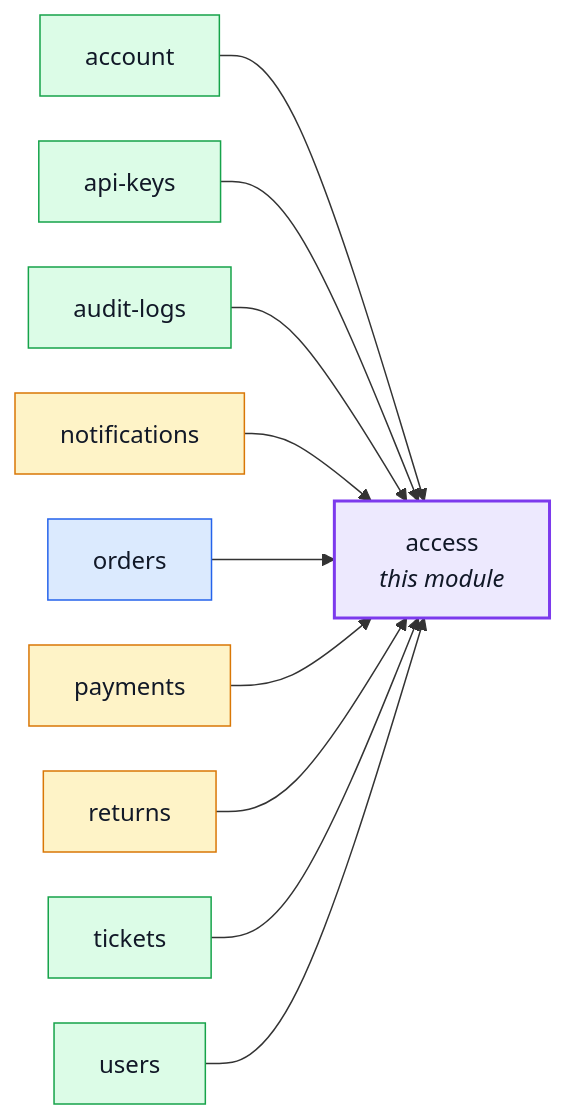
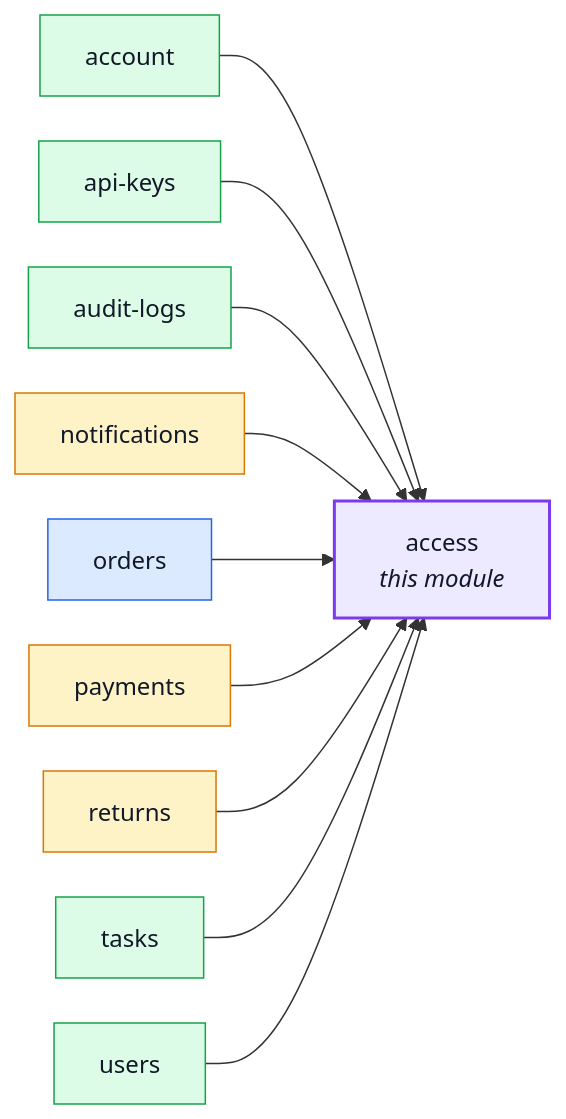
Before and after one commit to Guebbit/boilerplate-node-backend: the first of 2 diagrams in docs/modules/access.md, drawn with Mermaid. The commit also changed 251 other files, not shown here.

First line of the commit message:
refactor(tasks)!: rename the tickets module to tasks, contract included

````diff
--- a/docs/modules/access.md
+++ b/docs/modules/access.md
@@ -19,33 +19,33 @@
 ```mermaid
 %%{init: {'flowchart': {'nodeSpacing': 30, 'rankSpacing': 60}}}%%
 flowchart LR
     access["access<br/><i>this module</i>"]
     account["account"]
     api_keys["api-keys"]
     audit_logs["audit-logs"]
     notifications["notifications"]
     orders["orders"]
     payments["payments"]
     returns["returns"]
-    tickets["tickets"]
+    tasks["tasks"]
     users["users"]
 
     account --> access
     api_keys --> access
     audit_logs --> access
     notifications --> access
     orders --> access
     payments --> access
     returns --> access
-    tickets --> access
+    tasks --> access
     users --> access
 
     classDef core fill:#dbeafe,stroke:#2563eb,color:#111827;
     classDef supporting fill:#fef3c7,stroke:#d97706,color:#111827;
     classDef generic fill:#dcfce7,stroke:#16a34a,color:#111827;
     classDef centre fill:#ede9fe,stroke:#7c3aed,stroke-width:2px,color:#111827;
     class orders core;
     class notifications,payments,returns supporting;
-    class account,api_keys,audit_logs,tickets,users generic;
+    class account,api_keys,audit_logs,tasks,users generic;
     class access centre;
 ```
````
